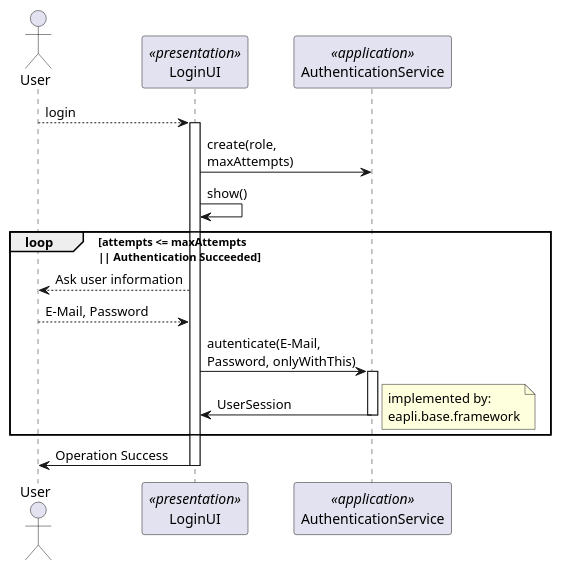
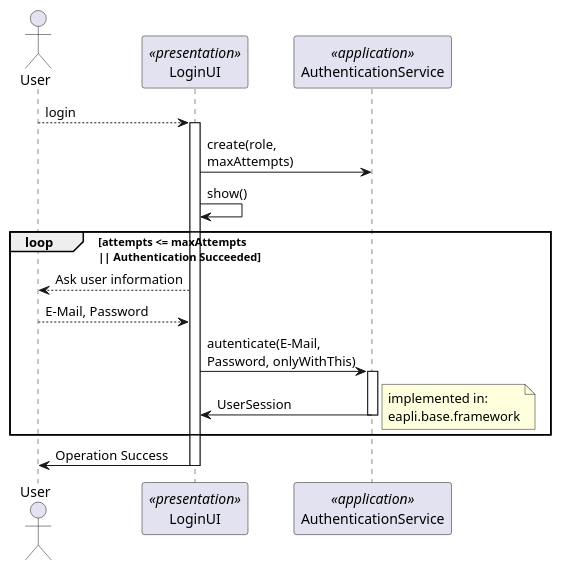
The diagram in docs/us_g006/loginSD.puml (jovami/isep-lapr4), drawn with PlantUML before and after one commit. The commit also changed 4 other files, not shown here.

```diff
--- a/docs/us_g006/loginSD.puml
+++ b/docs/us_g006/loginSD.puml
@@ -1,37 +1,24 @@
 @startuml
-'http://plantuml.com/skinparam.html
-
-
-
 actor User as Actor
 participant LoginUI as UI <<presentation>>
 participant AuthenticationService as AuthServ <<application>>
-
-
 
 Actor --> UI: login
 activate UI
 
 UI -> AuthServ: create(role,\nmaxAttempts)
-
 UI -> UI: show()
 
 loop attempts <= maxAttempts \n|| Authentication Succeeded
-
     UI --> Actor: Ask user information
     Actor --> UI: E-Mail, Password
-
-
-
     UI -> AuthServ: autenticate(E-Mail, \nPassword, onlyWithThis)
     activate AuthServ
-    
     AuthServ -> UI: UserSession
-    note right: implemented by: \neapli.base.framework
+    note right: implemented in: \neapli.base.framework
     deactivate AuthServ
+end
 
-    end
-    UI -> Actor: Operation Success
-
-    deactivate UI
-    @enduml
+UI -> Actor: Operation Success
+deactivate UI
+@enduml
```
